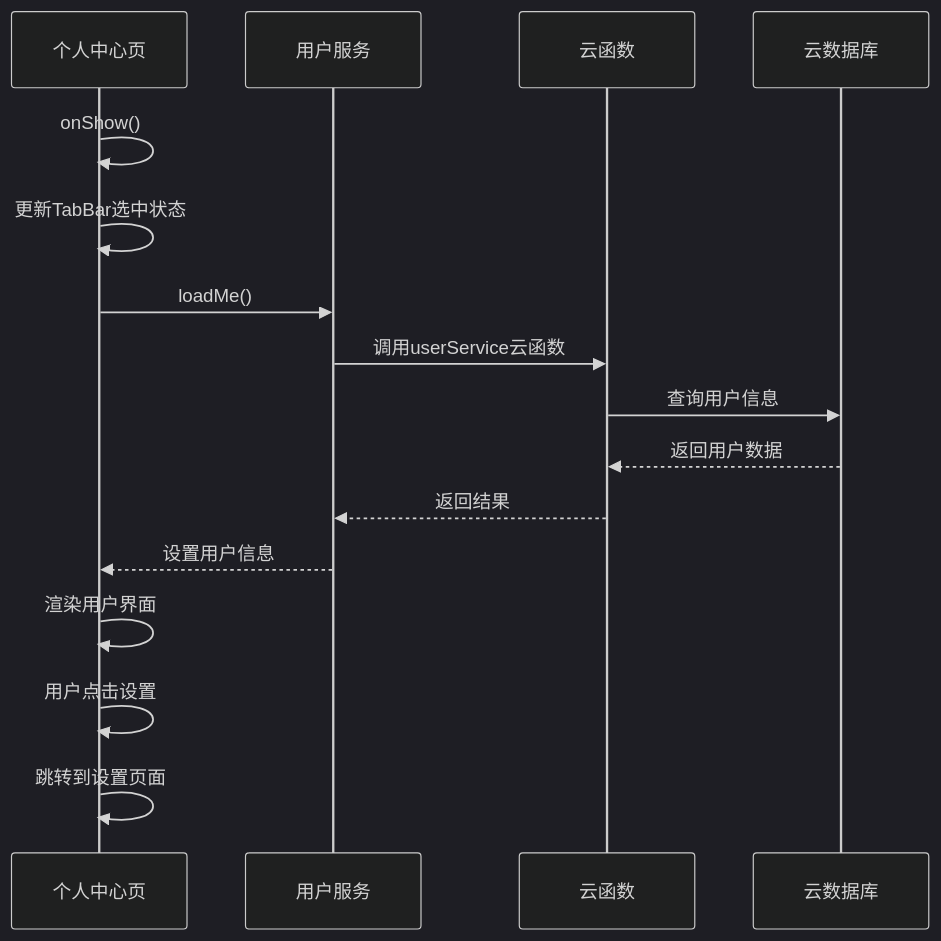
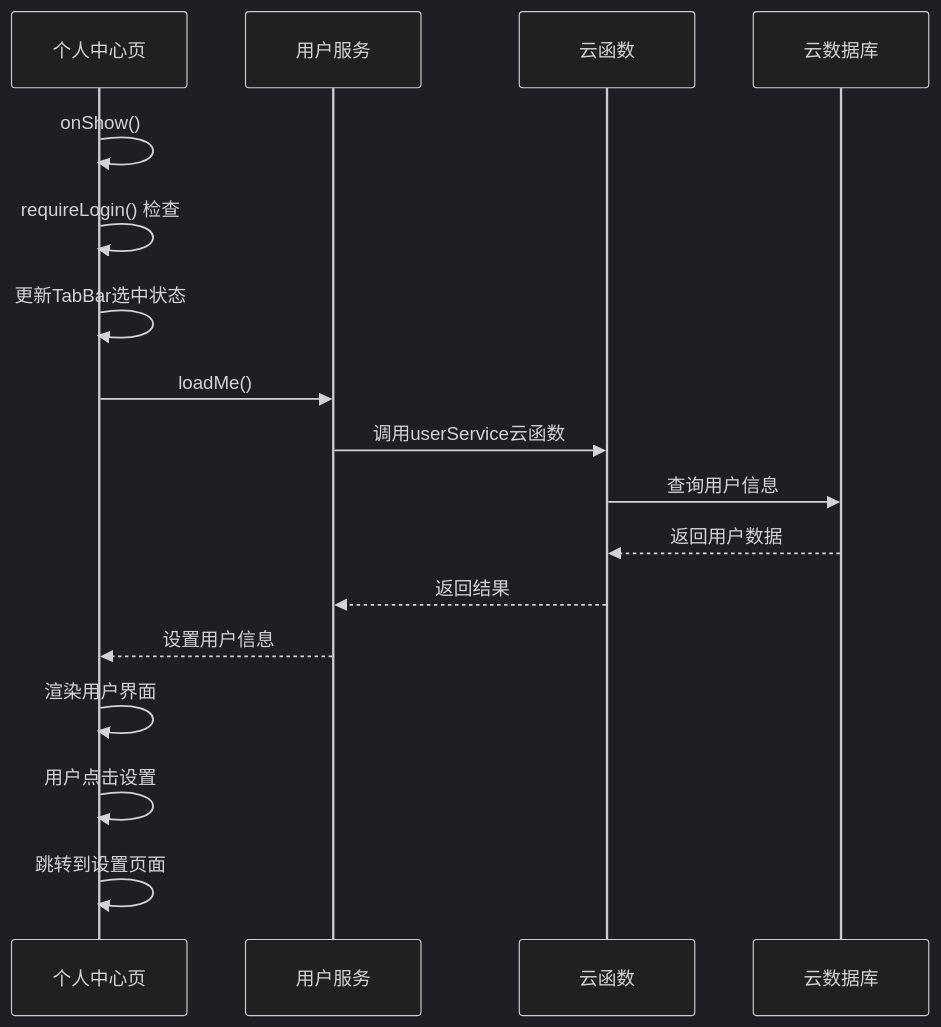
The sixth of 9 diagrams in .qoder/repowiki/zh/content/前端页面/主Tab页面.md (sunxuebo91/-), drawn with Mermaid (dark theme) before and after one commit. The commit also changed other lines of this file and 30 other files, not shown here.

````diff
--- a/.qoder/repowiki/zh/content/前端页面/主Tab页面.md
+++ b/.qoder/repowiki/zh/content/前端页面/主Tab页面.md
@@ -243,18 +254,19 @@
 ```mermaid
 sequenceDiagram
 participant Profile as 个人中心页
 participant UserService as 用户服务
 participant Cloud as 云函数
 participant DB as 云数据库
 Profile->>Profile : onShow()
+Profile->>Profile : requireLogin() 检查
 Profile->>Profile : 更新TabBar选中状态
 Profile->>UserService : loadMe()
 UserService->>Cloud : 调用userService云函数
 Cloud->>DB : 查询用户信息
 DB-->>Cloud : 返回用户数据
 Cloud-->>UserService : 返回结果
 UserService-->>Profile : 设置用户信息
 Profile->>Profile : 渲染用户界面
 Profile->>Profile : 用户点击设置
 Profile->>Profile : 跳转到设置页面
 ```
````
